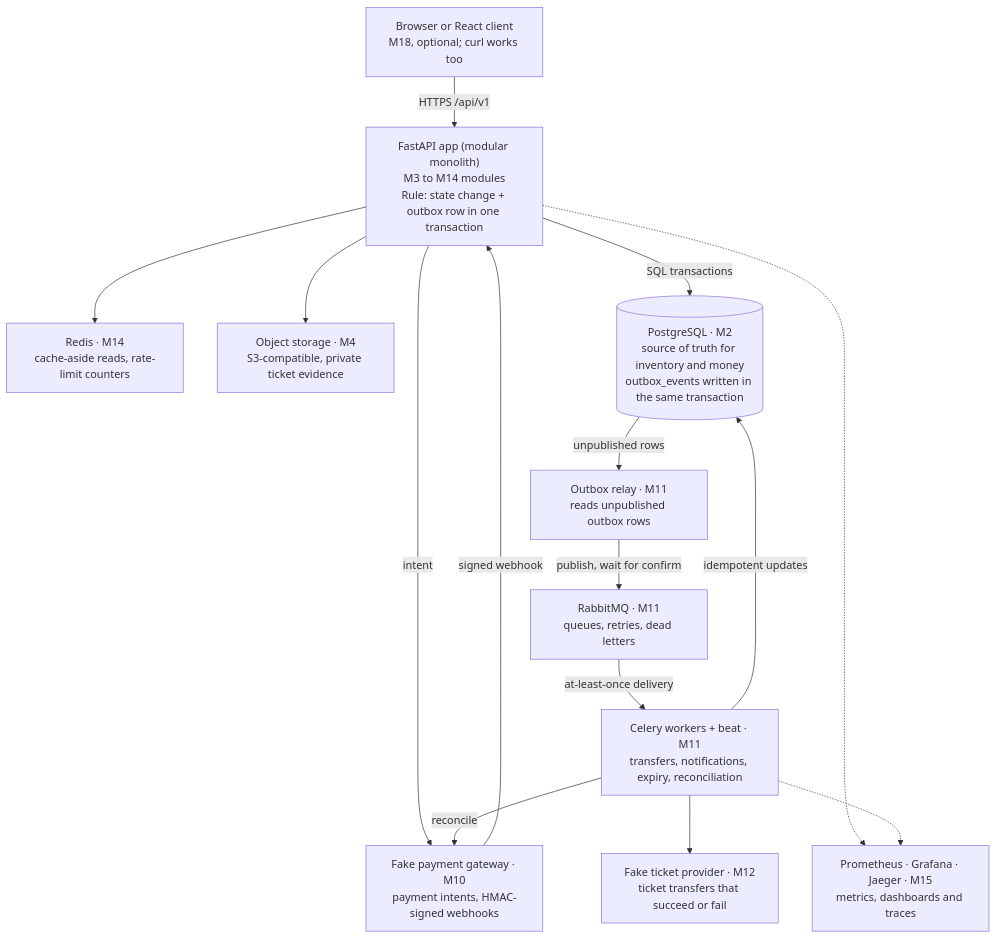
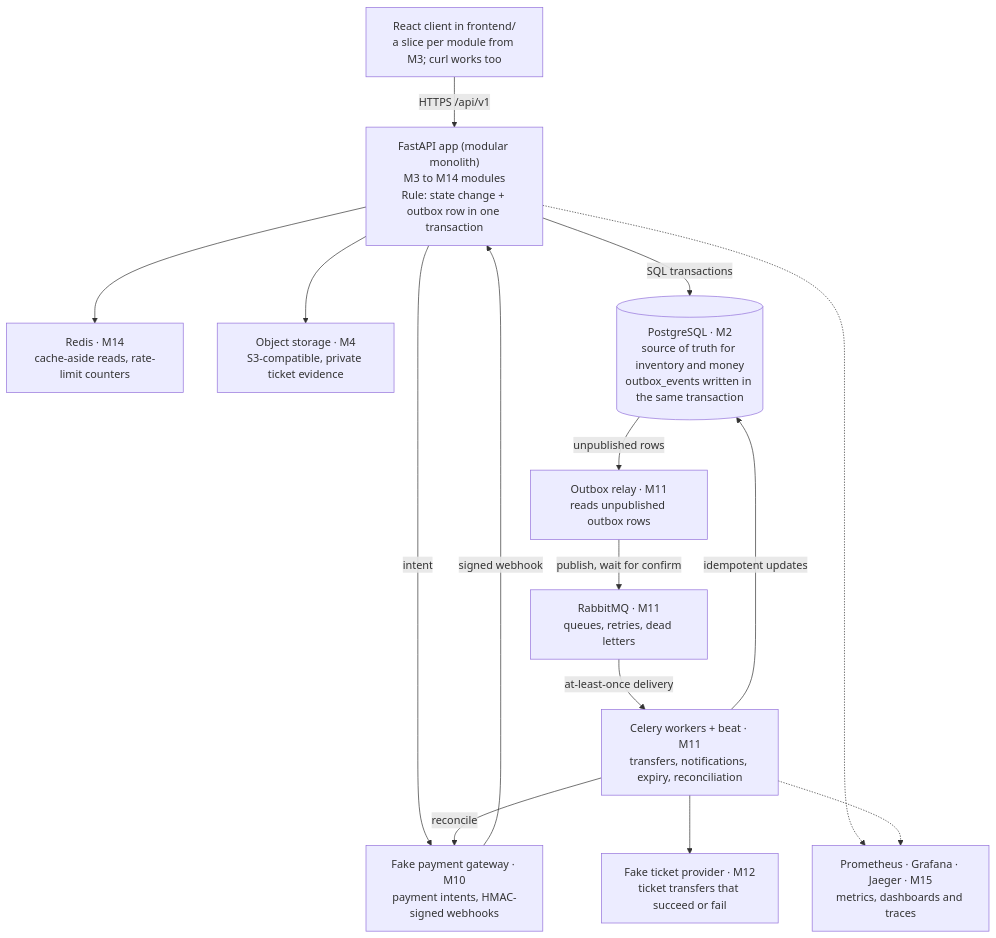
The diagram in build-and-learn-plan.md (asw-beep/TicketLoop), drawn with Mermaid before and after one commit. The commit also changed other lines of this file and 62 other files, not shown here.

````diff
--- a/build-and-learn-plan.md
+++ b/build-and-learn-plan.md
@@ -52,29 +52,29 @@
 ```mermaid
 flowchart TB
-    client["Browser or React client<br/>M18, optional; curl works too"]
+    client["React client in frontend/<br/>a slice per module from M3; curl works too"]
     api["FastAPI app (modular monolith)<br/>M3 to M14 modules<br/>Rule: state change + outbox row in one transaction"]
     gw["Fake payment gateway · M10<br/>payment intents, HMAC-signed webhooks"]
     redis["Redis · M14<br/>cache-aside reads, rate-limit counters"]
     storage["Object storage · M4<br/>S3-compatible, private ticket evidence"]
     pg[("PostgreSQL · M2<br/>source of truth for inventory and money<br/>outbox_events written in the same transaction")]
     relay["Outbox relay · M11<br/>reads unpublished outbox rows"]
     mq["RabbitMQ · M11<br/>queues, retries, dead letters"]
     workers["Celery workers + beat · M11<br/>transfers, notifications, expiry, reconciliation"]
     provider["Fake ticket provider · M12<br/>ticket transfers that succeed or fail"]
     obs["Prometheus · Grafana · Jaeger · M15<br/>metrics, dashboards and traces"]
 
     client -->|"HTTPS /api/v1"| api
     api -->|intent| gw
     gw -->|signed webhook| api
     api --> redis
     api --> storage
     api -->|SQL transactions| pg
     pg -->|unpublished rows| relay
     relay -->|publish, wait for confirm| mq
     mq -->|at-least-once delivery| workers
     workers -->|idempotent updates| pg
     workers --> provider
     workers -->|reconcile| gw
     api -.-> obs
     workers -.-> obs
 ```
````
